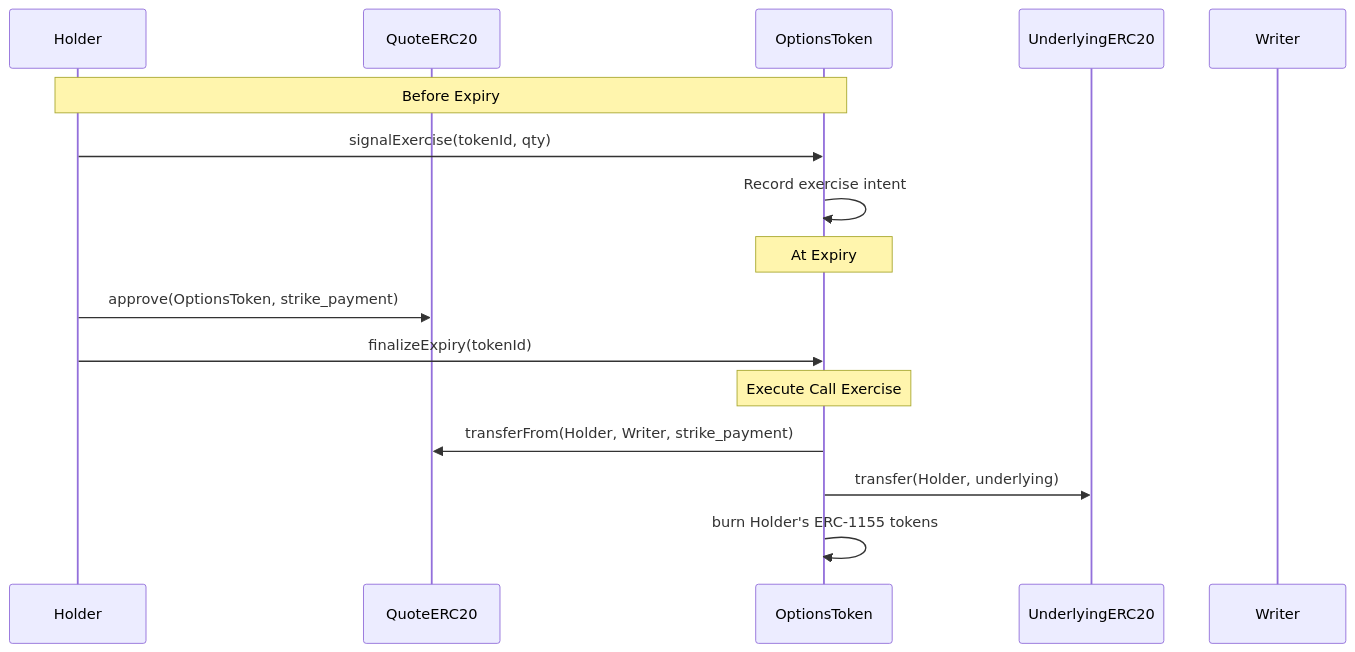
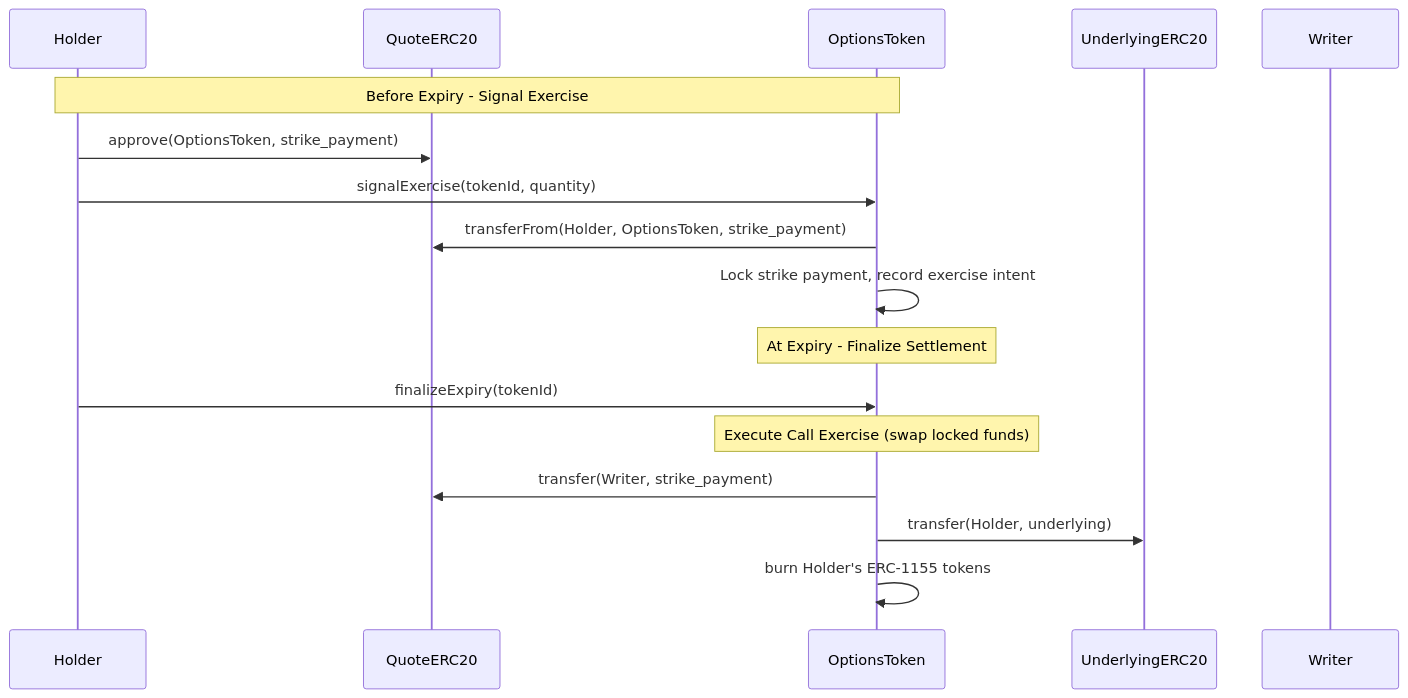
The fifth of 7 diagrams in SPEC.md (0xgleb/optional), drawn with Mermaid before and after one commit. The commit also changed other lines of this file, not shown here.

Commit message:
clarify settlement

````diff
--- a/SPEC.md
+++ b/SPEC.md
@@ -288,21 +312,22 @@
 ```mermaid
 sequenceDiagram
     participant Holder
     participant QuoteERC20
     participant OptionsToken
     participant UnderlyingERC20
     participant Writer
     
-    Note over Holder,OptionsToken: Before Expiry
-    Holder->>OptionsToken: signalExercise(tokenId, qty)
-    OptionsToken->>OptionsToken: Record exercise intent
-    
-    Note over OptionsToken: At Expiry
+    Note over Holder,OptionsToken: Before Expiry - Signal Exercise
     Holder->>QuoteERC20: approve(OptionsToken, strike_payment)
+    Holder->>OptionsToken: signalExercise(tokenId, quantity)
+    OptionsToken->>QuoteERC20: transferFrom(Holder, OptionsToken, strike_payment)
+    OptionsToken->>OptionsToken: Lock strike payment, record exercise intent
+
+    Note over OptionsToken: At Expiry - Finalize Settlement
     Holder->>OptionsToken: finalizeExpiry(tokenId)
-    
-    Note over OptionsToken: Execute Call Exercise
-    OptionsToken->>QuoteERC20: transferFrom(Holder, Writer, strike_payment)
+
+    Note over OptionsToken: Execute Call Exercise (swap locked funds)
+    OptionsToken->>QuoteERC20: transfer(Writer, strike_payment)
     OptionsToken->>UnderlyingERC20: transfer(Holder, underlying)
     OptionsToken->>OptionsToken: burn Holder's ERC-1155 tokens
 ```
````
